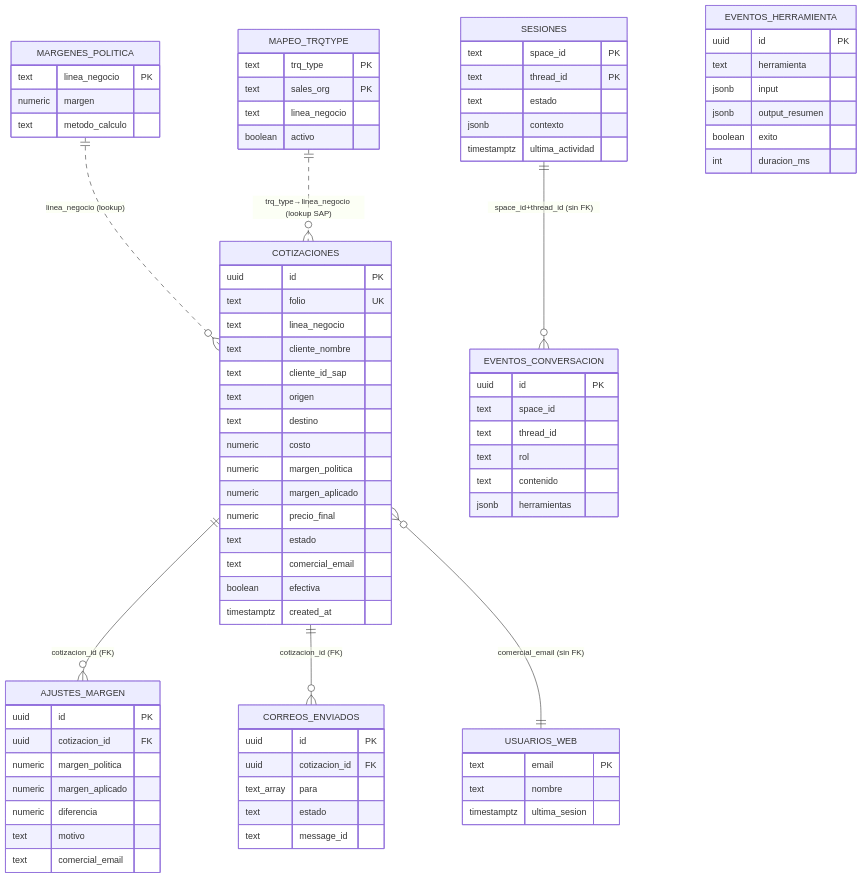
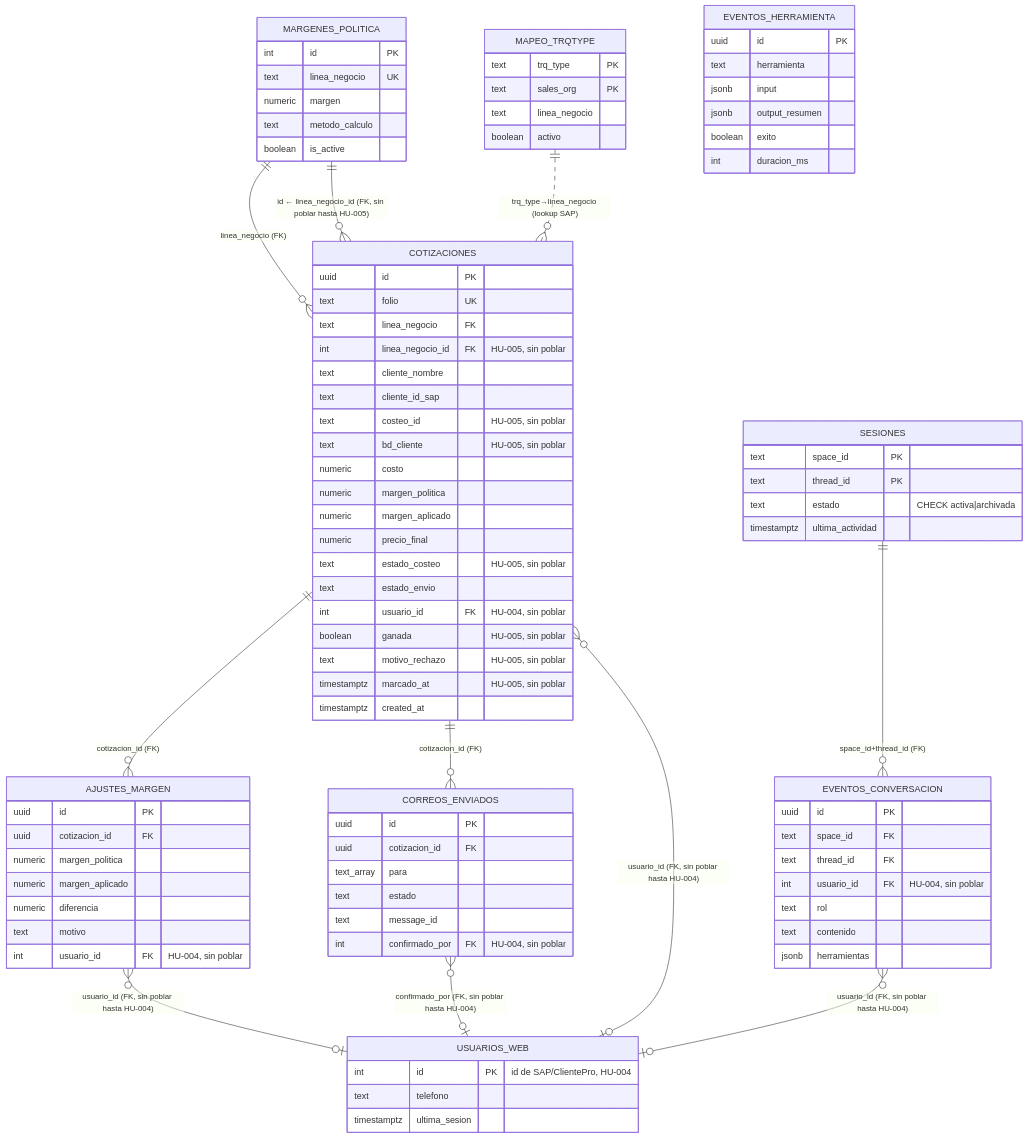
Before and after one commit to InnovacionIA-proyectos/Cotifly: the diagram in BASE_DE_DATOS.md, drawn with Mermaid. The commit also changed other lines of this file and 24 other files, not shown here.

First line of the commit message:
Refactor cotizaciones and ajustes to use usuario_id instead of comercial_email

```diff
--- a/BASE_DE_DATOS.md
+++ b/BASE_DE_DATOS.md
@@ -35,26 +35,34 @@
 erDiagram
     COTIZACIONES ||--o{ AJUSTES_MARGEN : "cotizacion_id (FK)"
     COTIZACIONES ||--o{ CORREOS_ENVIADOS : "cotizacion_id (FK)"
-    COTIZACIONES }o--|| USUARIOS_WEB : "comercial_email (sin FK)"
-    SESIONES ||--o{ EVENTOS_CONVERSACION : "space_id+thread_id (sin FK)"
-    MARGENES_POLITICA ||..o{ COTIZACIONES : "linea_negocio (lookup)"
+    COTIZACIONES }o--o| USUARIOS_WEB : "usuario_id (FK, sin poblar hasta HU-004)"
+    AJUSTES_MARGEN }o--o| USUARIOS_WEB : "usuario_id (FK, sin poblar hasta HU-004)"
+    EVENTOS_CONVERSACION }o--o| USUARIOS_WEB : "usuario_id (FK, sin poblar hasta HU-004)"
+    CORREOS_ENVIADOS }o--o| USUARIOS_WEB : "confirmado_por (FK, sin poblar hasta HU-004)"
+    SESIONES ||--o{ EVENTOS_CONVERSACION : "space_id+thread_id (FK)"
+    MARGENES_POLITICA ||--o{ COTIZACIONES : "linea_negocio (FK)"
+    MARGENES_POLITICA ||--o{ COTIZACIONES : "id ← linea_negocio_id (FK, sin poblar hasta HU-005)"
     MAPEO_TRQTYPE ||..o{ COTIZACIONES : "trq_type→linea_negocio (lookup SAP)"
 
     COTIZACIONES {
         uuid id PK
         text folio UK
-        text linea_negocio
+        text linea_negocio FK
+        int linea_negocio_id FK "HU-005, sin poblar"
         text cliente_nombre
         text cliente_id_sap
-        text origen
-        text destino
+        text costeo_id "HU-005, sin poblar"
+        text bd_cliente "HU-005, sin poblar"
         numeric costo
         numeric margen_politica
         numeric margen_aplicado
         numeric precio_final
-        text estado
-        text comercial_email
-        boolean efectiva
+        text estado_costeo "HU-005, sin poblar"
+        text estado_envio
+        int usuario_id FK "HU-004, sin poblar"
+        boolean ganada "HU-005, sin poblar"
+        text motivo_rechazo "HU-005, sin poblar"
+        timestamptz marcado_at "HU-005, sin poblar"
         timestamptz created_at
     }
     AJUSTES_MARGEN {
@@ -64,7 +72,7 @@
         numeric margen_aplicado
         numeric diferencia
         text motivo
-        text comercial_email
+        int usuario_id FK "HU-004, sin poblar"
     }
     CORREOS_ENVIADOS {
         uuid id PK
@@ -72,11 +80,13 @@
         text_array para
         text estado
         text message_id
+        int confirmado_por FK "HU-004, sin poblar"
     }
     EVENTOS_CONVERSACION {
         uuid id PK
-        text space_id
-        text thread_id
+        text space_id FK
+        text thread_id FK
+        int usuario_id FK "HU-004, sin poblar"
         text rol
         text contenido
         jsonb herramientas
@@ -92,19 +102,20 @@
     SESIONES {
         text space_id PK
         text thread_id PK
-        text estado
-        jsonb contexto
+        text estado "CHECK activa|archivada"
         timestamptz ultima_actividad
     }
     USUARIOS_WEB {
-        text email PK
-        text nombre
+        int id PK "id de SAP/ClientePro, HU-004"
+        text telefono
         timestamptz ultima_sesion
     }
     MARGENES_POLITICA {
-        text linea_negocio PK
+        int id PK
+        text linea_negocio UK
         numeric margen
         text metodo_calculo
+        boolean is_active
     }
     MAPEO_TRQTYPE {
         text trq_type PK
```
